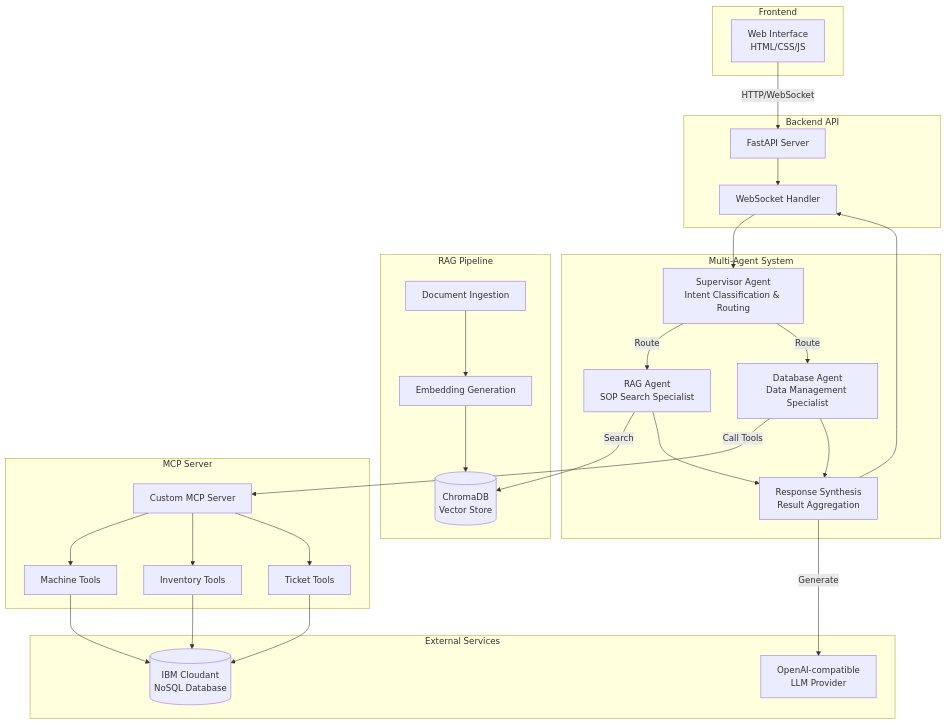
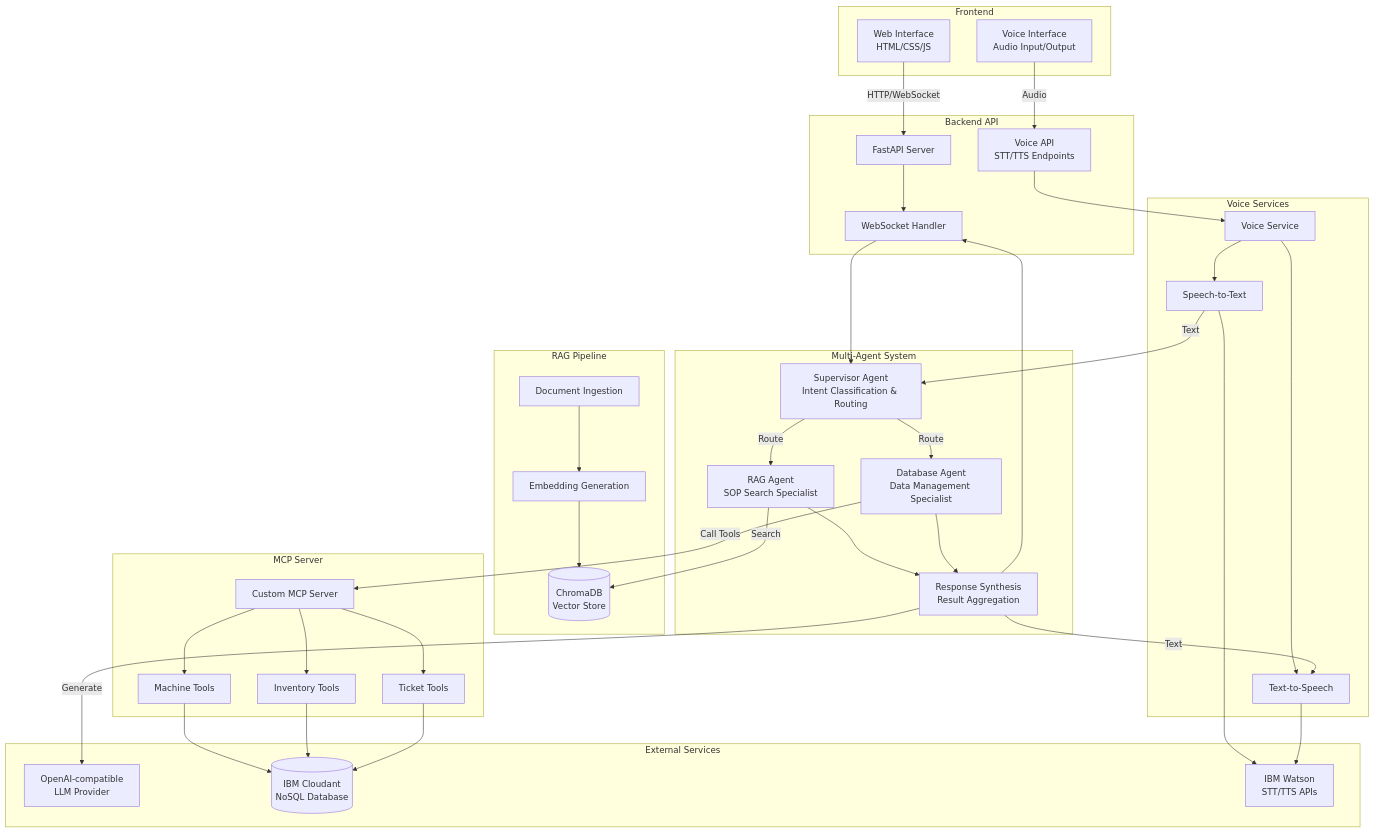
Before and after one commit to barada02/FieldMind: the second of 2 diagrams in Plandocs/ARCHITECTURE.md, drawn with Mermaid. The commit also changed other lines of this file and 9 other files, not shown here.

````diff
--- a/Plandocs/ARCHITECTURE.md
+++ b/Plandocs/ARCHITECTURE.md
@@ -142,63 +143,82 @@
 ```mermaid
 graph TB
     subgraph Frontend
         UI[Web Interface<br/>HTML/CSS/JS]
+        VoiceUI[Voice Interface<br/>Audio Input/Output]
     end
     
     subgraph Backend API
         API[FastAPI Server]
         WS[WebSocket Handler]
+        VoiceAPI[Voice API<br/>STT/TTS Endpoints]
     end
     
     subgraph Multi-Agent System
         Supervisor[Supervisor Agent<br/>Intent Classification & Routing]
         RAGAgent[RAG Agent<br/>SOP Search Specialist]
         DBAgent[Database Agent<br/>Data Management Specialist]
         Synthesis[Response Synthesis<br/>Result Aggregation]
     end
     
     subgraph RAG Pipeline
         Ingestion[Document Ingestion]
         Embeddings[Embedding Generation]
         VDB[(ChromaDB<br/>Vector Store)]
     end
     
     subgraph MCP Server
         MCP[Custom MCP Server]
         MachineTools[Machine Tools]
         InventoryTools[Inventory Tools]
         TicketTools[Ticket Tools]
     end
     
+    subgraph Voice Services
+        VoiceService[Voice Service]
+        STT[Speech-to-Text]
+        TTS[Text-to-Speech]
+    end
+    
     subgraph External Services
         LLM[OpenAI-compatible<br/>LLM Provider]
         Cloudant[(IBM Cloudant<br/>NoSQL Database)]
+        Watson[IBM Watson<br/>STT/TTS APIs]
     end
     
     UI -->|HTTP/WebSocket| API
+    VoiceUI -->|Audio| VoiceAPI
     API --> WS
+    VoiceAPI --> VoiceService
     WS --> Supervisor
+    
+    VoiceService --> STT
+    VoiceService --> TTS
+    STT --> Watson
+    TTS --> Watson
+    
+    STT -->|Text| Supervisor
+    Synthesis -->|Text| TTS
     
     Supervisor -->|Route| RAGAgent
     Supervisor -->|Route| DBAgent
     
     RAGAgent -->|Search| VDB
     DBAgent -->|Call Tools| MCP
     
     RAGAgent --> Synthesis
     DBAgent --> Synthesis
     
     Synthesis -->|Generate| LLM
     Synthesis --> WS
     
     Ingestion --> Embeddings
     Embeddings --> VDB
     
     MCP --> MachineTools
     MCP --> InventoryTools
     MCP --> TicketTools
     
     MachineTools --> Cloudant
     InventoryTools --> Cloudant
     TicketTools --> Cloudant
 ```
````
